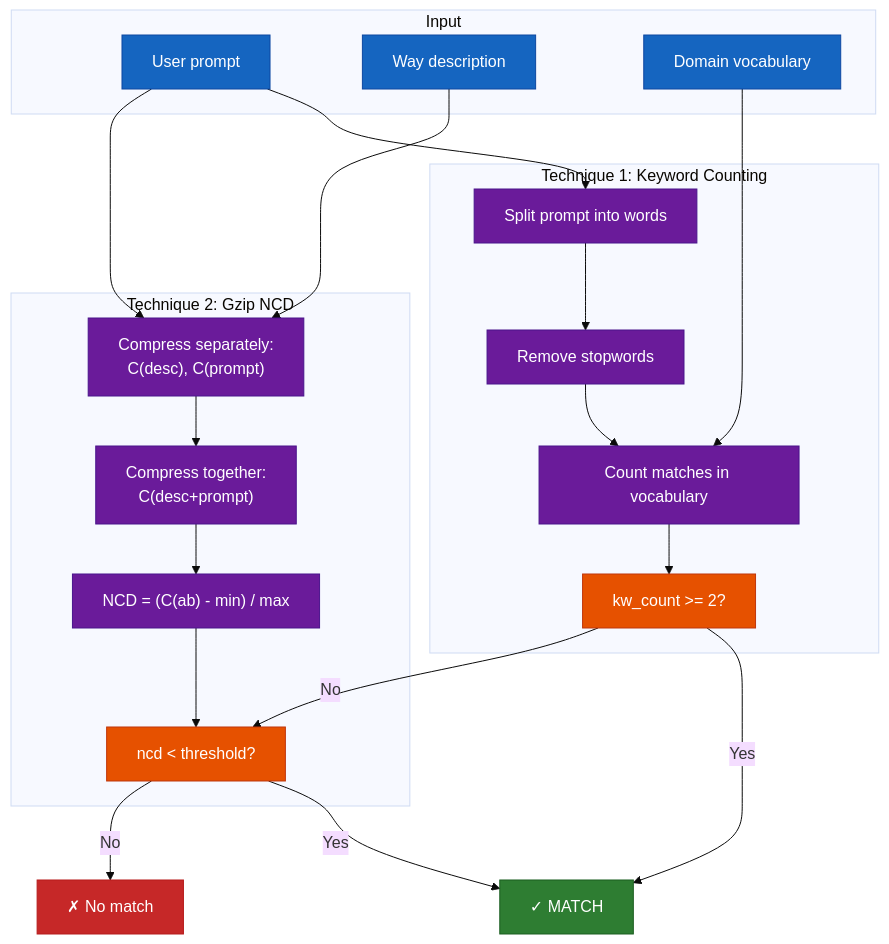
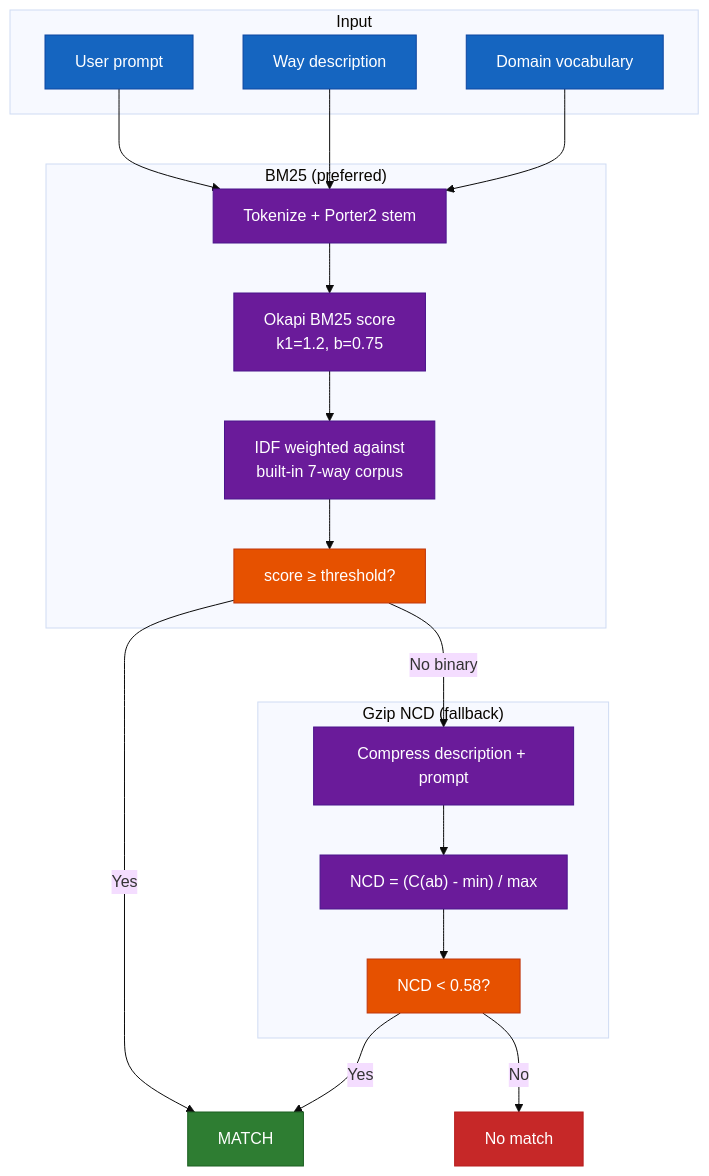
The eighth of 12 diagrams in docs/architecture.md (aaronsb/claude-code-config), drawn with Mermaid (base theme) before and after one commit. The commit also changed other lines of this file and 3 other files, not shown here.

````diff
--- a/docs/architecture.md
+++ b/docs/architecture.md
@@ -264,41 +264,38 @@
 ```mermaid
 flowchart TB
     classDef input fill:#1565C0,stroke:#0D47A1,color:#fff
     classDef process fill:#6A1B9A,stroke:#4A148C,color:#fff
     classDef check fill:#E65100,stroke:#BF360C,color:#fff
     classDef yes fill:#2E7D32,stroke:#1B5E20,color:#fff
     classDef no fill:#C62828,stroke:#B71C1C,color:#fff
 
     subgraph Input
         Prompt["User prompt"]:::input
         Desc["Way description"]:::input
-        Keywords["Domain vocabulary"]:::input
+        Vocab["Domain vocabulary"]:::input
     end
 
-    subgraph Tech1["Technique 1: Keyword Counting"]
-        Split["Split prompt into words"]:::process
-        Filter["Remove stopwords"]:::process
-        Count["Count matches in vocabulary"]:::process
-        KWResult["kw_count >= 2?"]:::check
+    subgraph BM25["BM25 (preferred)"]
+        Tokenize["Tokenize + Porter2 stem"]:::process
+        Score["Okapi BM25 score<br/>k1=1.2, b=0.75"]:::process
+        IDF["IDF weighted against<br/>built-in 7-way corpus"]:::process
+        BM25Result["score ≥ threshold?"]:::check
     end
 
-    subgraph Tech2["Technique 2: Gzip NCD"]
-        Compress["Compress separately:<br/>C(desc), C(prompt)"]:::process
-        Combined["Compress together:<br/>C(desc+prompt)"]:::process
+    subgraph NCD["Gzip NCD (fallback)"]
+        Compress["Compress description + prompt"]:::process
         Formula["NCD = (C(ab) - min) / max"]:::process
-        NCDResult["ncd < threshold?"]:::check
+        NCDResult["NCD < 0.58?"]:::check
     end
 
-    Prompt --> Split
-    Keywords --> Count
-    Split --> Filter --> Count --> KWResult
+    Prompt --> Tokenize
+    Desc --> Tokenize
+    Vocab --> Tokenize
+    Tokenize --> Score --> IDF --> BM25Result
 
-    Desc --> Compress
-    Prompt --> Compress
-    Compress --> Combined --> Formula --> NCDResult
-
-    KWResult -->|Yes| Match["✓ MATCH"]:::yes
+    BM25Result -->|Yes| Match["MATCH"]:::yes
+    BM25Result -->|"No binary"| Compress
+    Compress --> Formula --> NCDResult
     NCDResult -->|Yes| Match
-    KWResult -->|No| NCDResult
-    NCDResult -->|No| NoMatch["✗ No match"]:::no
+    NCDResult -->|No| NoMatch["No match"]:::no
 ```
````
